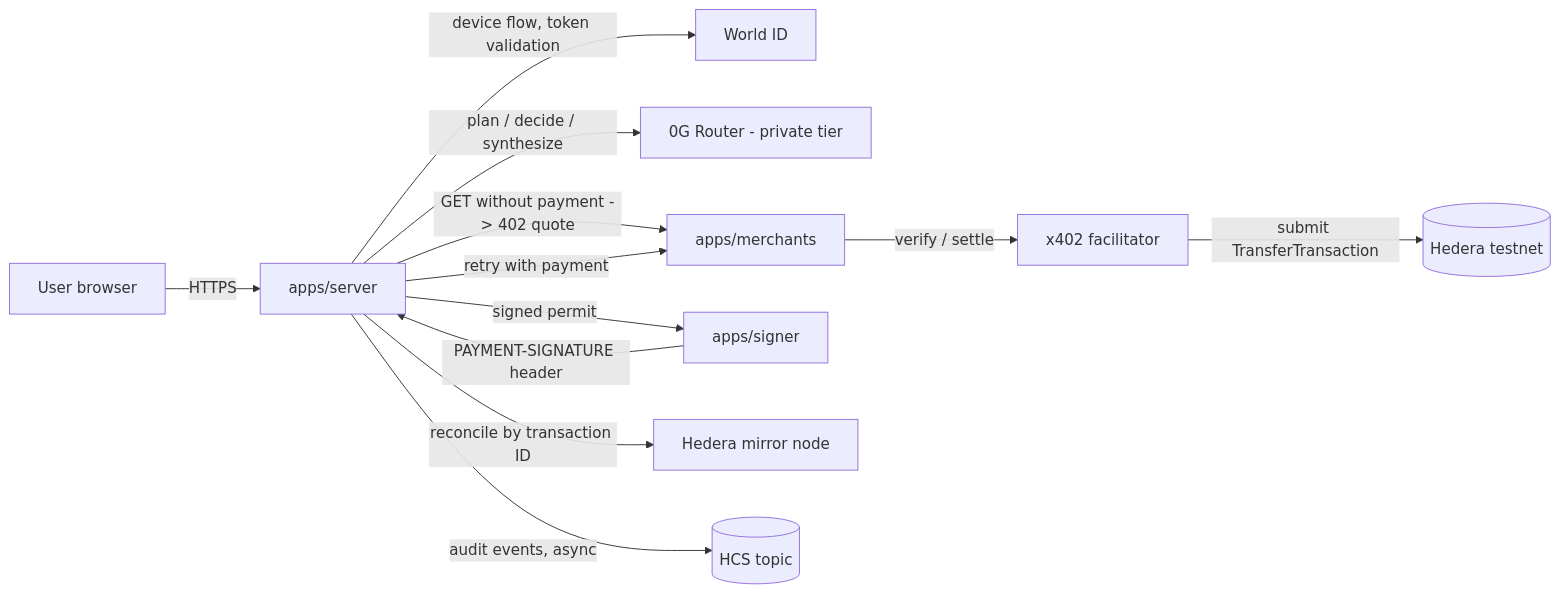
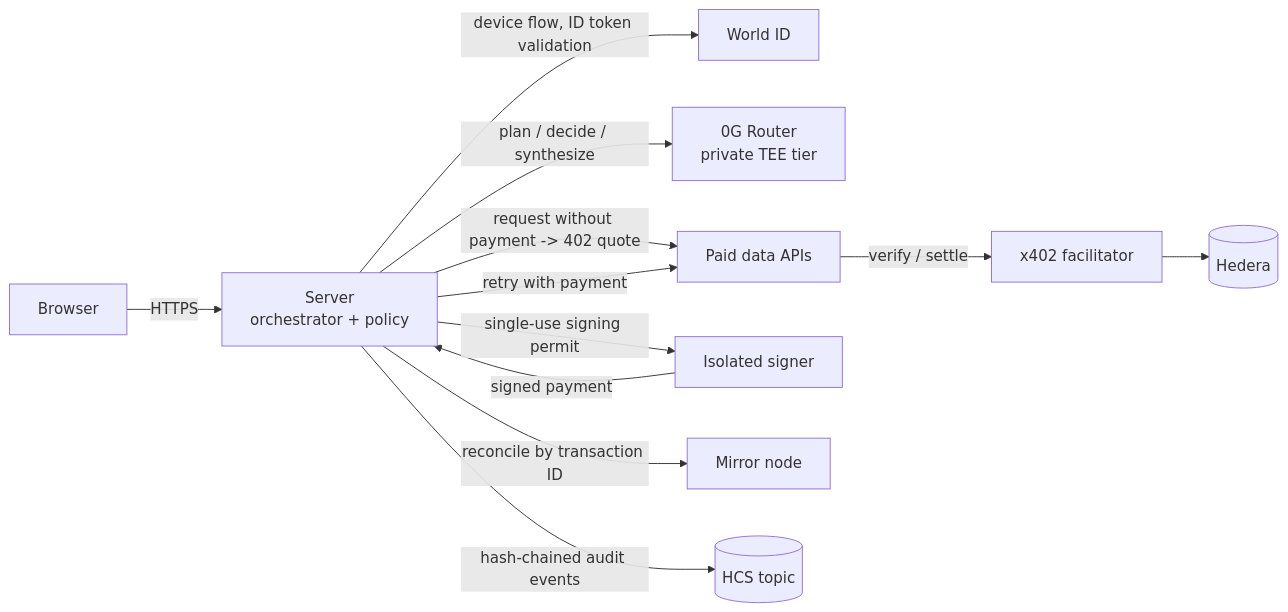
Before and after one commit to FalconBirdONE/kakashi: the diagram in README.md, drawn with Mermaid. The commit also changed other lines of this file, not shown here.

````diff
--- a/README.md
+++ b/README.md
@@ -25,14 +30,14 @@
 ```mermaid
 flowchart LR
-  U[User browser] -->|HTTPS| S[apps/server]
-  S -->|device flow, token validation| W[World ID]
-  S -->|plan / decide / synthesize| Z[0G Router - private tier]
-  S -->|GET without payment -> 402 quote| M[apps/merchants]
-  S -->|signed permit| G[apps/signer]
-  G -->|PAYMENT-SIGNATURE header| S
+  U[Browser] -->|HTTPS| S[Server<br/>orchestrator + policy]
+  S -->|device flow, ID token validation| W[World ID]
+  S -->|plan / decide / synthesize| Z[0G Router<br/>private TEE tier]
+  S -->|request without payment -> 402 quote| M[Paid data APIs]
+  S -->|single-use signing permit| G[Isolated signer]
+  G -->|signed payment| S
   S -->|retry with payment| M
   M -->|verify / settle| F[x402 facilitator]
-  F -->|submit TransferTransaction| H[(Hedera testnet)]
-  S -->|reconcile by transaction ID| N[Hedera mirror node]
-  S -->|audit events, async| T[(HCS topic)]
+  F --> H[(Hedera)]
+  S -->|reconcile by transaction ID| N[Mirror node]
+  S -->|hash-chained audit events| T[(HCS topic)]
 ```
````
